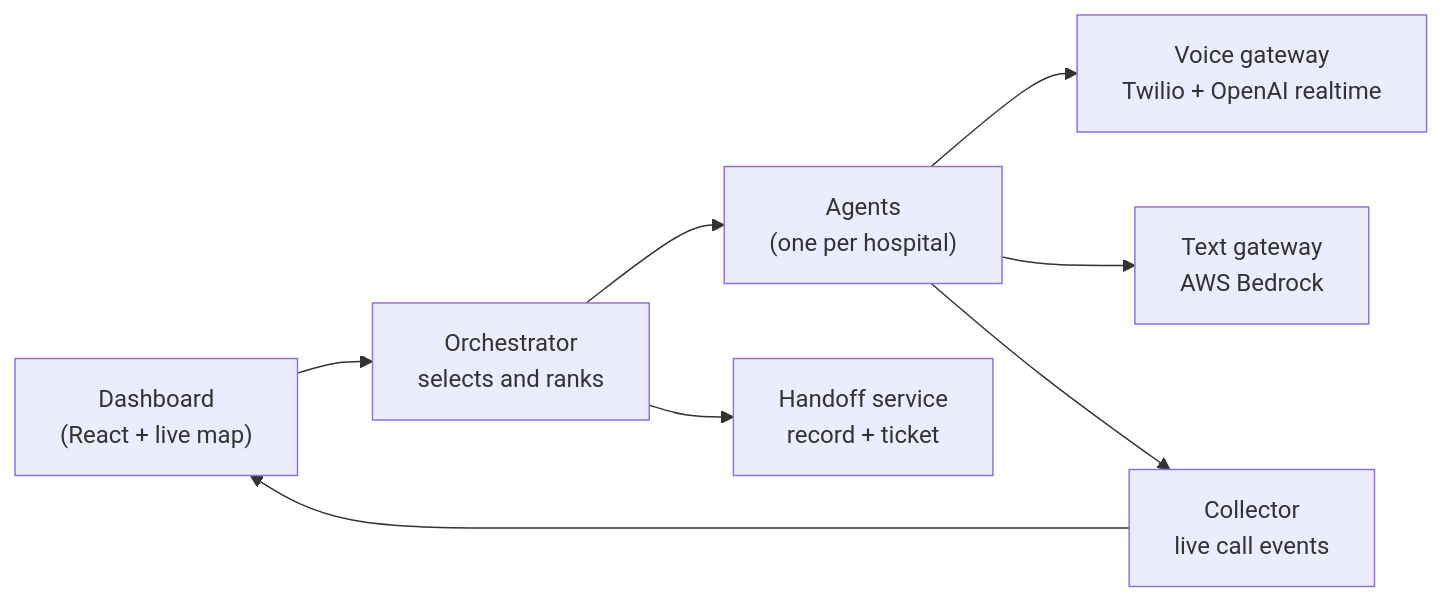
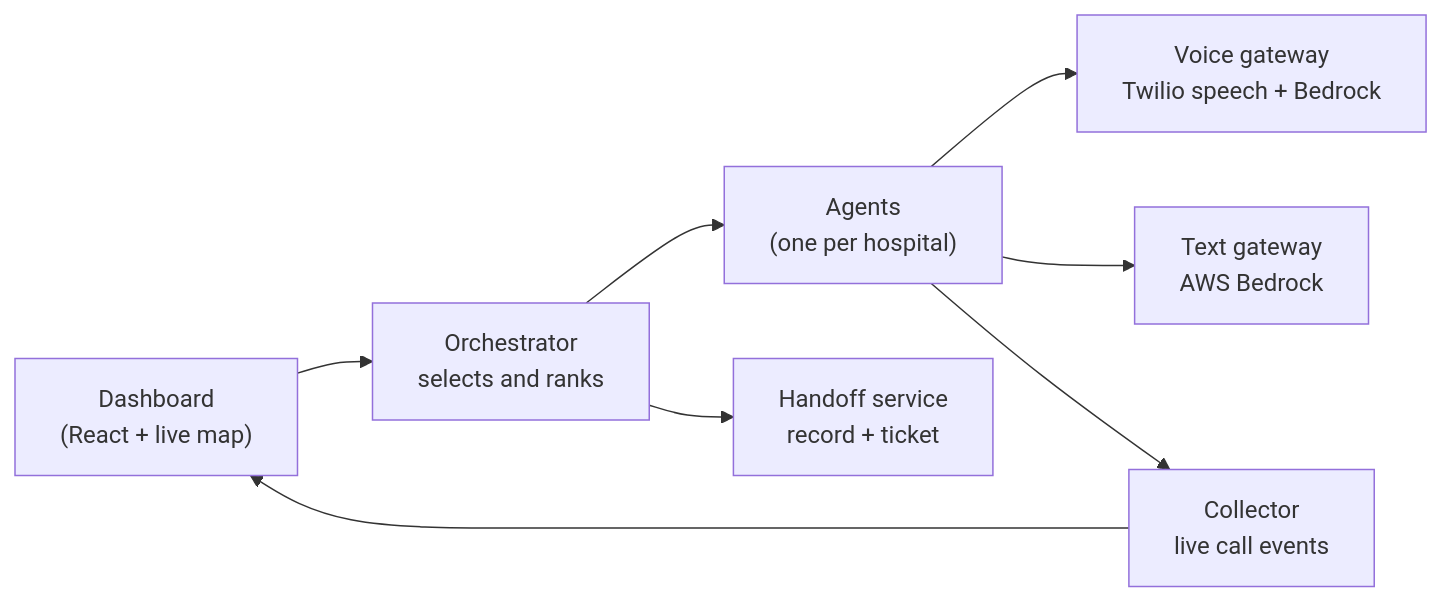
Before and after one commit to sukritisehgal-28/project-uzima: the third of 3 diagrams in docs/SUBMISSION.md, drawn with Mermaid. The commit also changed other lines of this file and 4 other files, not shown here.

Commit message:
Align submission and release plan with verified phone flow

````diff
--- a/docs/SUBMISSION.md
+++ b/docs/SUBMISSION.md
@@ -59,10 +59,10 @@
 ```mermaid
 flowchart LR
   UI["Dashboard<br/>(React + live map)"] --> ORC["Orchestrator<br/>selects and ranks"]
   ORC --> AG["Agents<br/>(one per hospital)"]
-  AG --> VO["Voice gateway<br/>Twilio + OpenAI realtime"]
+  AG --> VO["Voice gateway<br/>Twilio speech + Bedrock"]
   AG --> TX["Text gateway<br/>AWS Bedrock"]
   AG --> COL["Collector<br/>live call events"]
   COL --> UI
   ORC --> HO["Handoff service<br/>record + ticket"]
 ```
````
